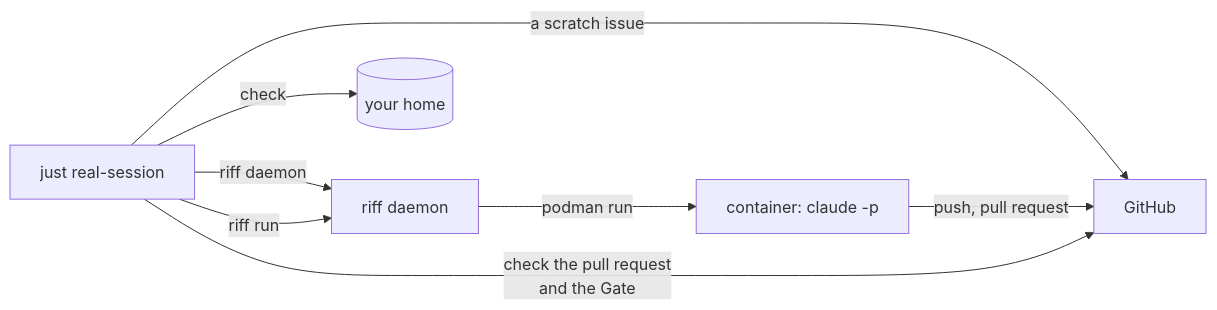
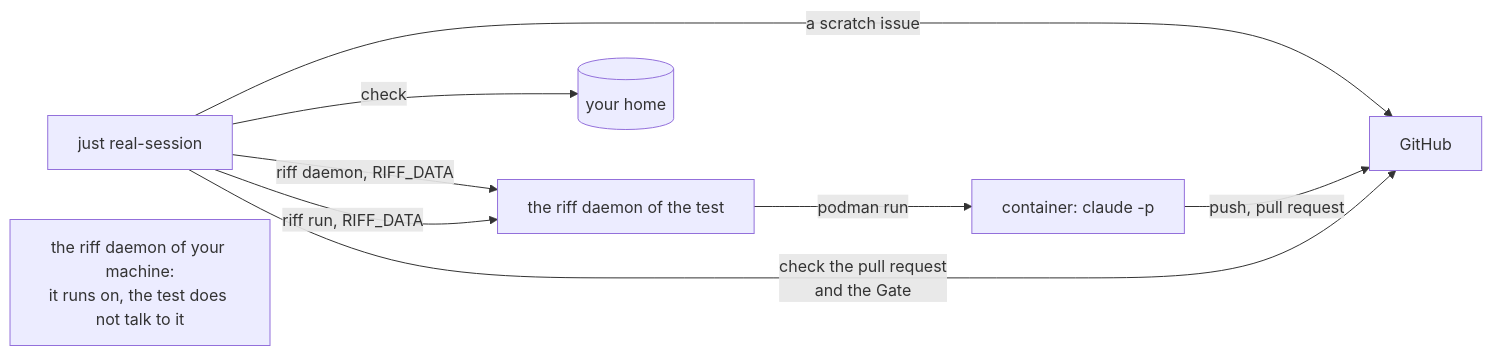
One commit to como-technologies/riff changed diagram 15 of 30 in docs/src/development.md. Above: the diagram before and after it, drawn with Mermaid. The commit also changed other lines of this file and 3 other files, not shown here.

Commit message:
WIP: the book and the requirements of RIFF_DATA

````diff
--- a/docs/src/development.md
+++ b/docs/src/development.md
@@ -1559,10 +1564,11 @@
 ```mermaid
 flowchart LR
     T["just real-session"] -- "a scratch issue" --> G["GitHub"]
-    T -- "riff daemon" --> D["riff daemon"]
-    T -- "riff run" --> D
+    T -- "riff daemon, RIFF_DATA" --> D["the riff daemon of the test"]
+    T -- "riff run, RIFF_DATA" --> D
+    M["the riff daemon of your machine:<br/>it runs on, the test does not talk to it"]
     D -- "podman run" --> C["container: claude -p"]
     C -- "push, pull request" --> G
     T -- "check the pull request<br/>and the Gate" --> G
     T -- "check" --> H[("your home")]
 ```
````
